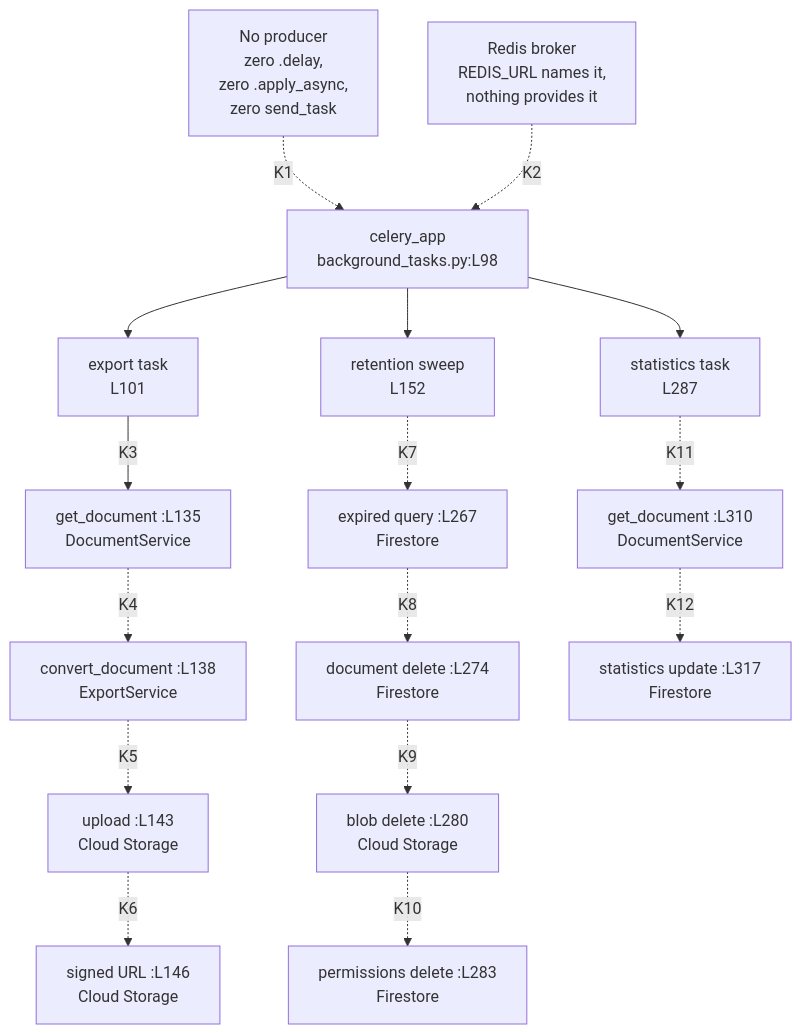
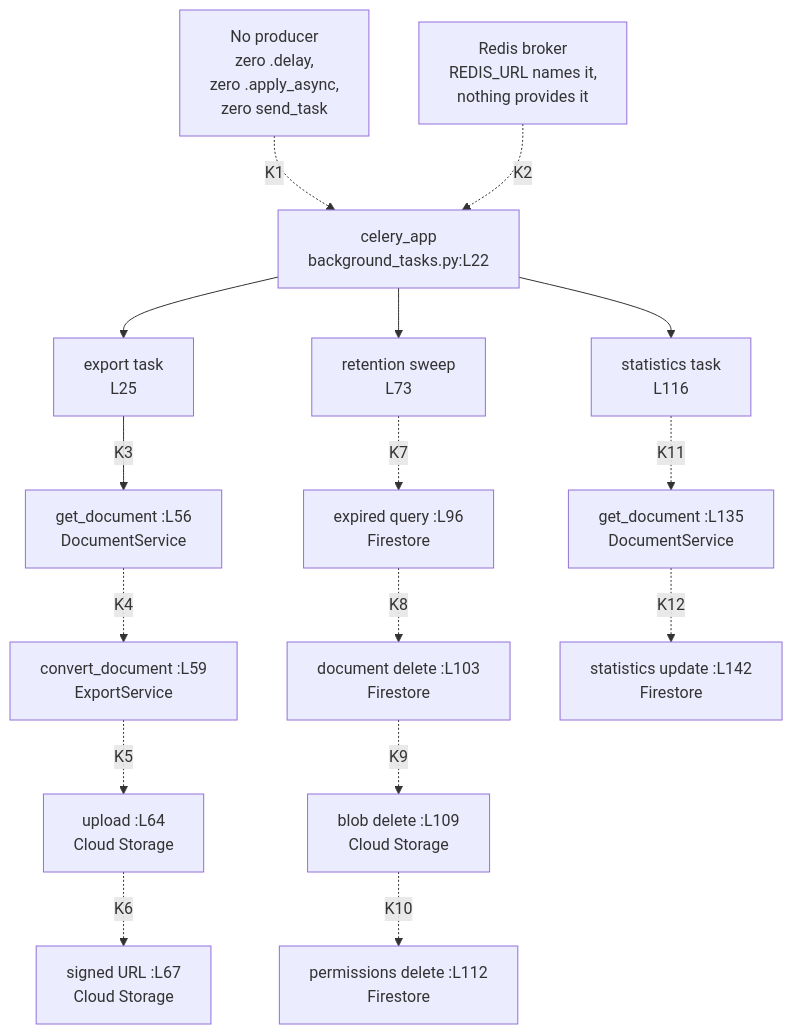
One commit to blitzy-public-samples/microsoft-word-u33ko0 changed the diagram in backend/app/tasks/README.md. Above: the diagram before and after it, drawn with Mermaid. The commit also changed other lines of this file and 69 other files, not shown here.

````diff
--- a/backend/app/tasks/README.md
+++ b/backend/app/tasks/README.md
@@ -118,30 +119,30 @@
 ```mermaid
 graph TD
     accTitle: The three Celery tasks and their call sites in source order
     accDescr: No producer enqueues any task and no service provisions the broker, so no flow completes. Each column lists one task's call sites in source order. An edge points to the next call site, and a dashed edge means the site it points to cannot complete as committed. Every labelled edge carries a key resolved in the table below the diagram.
     NOPROD["No producer<br/>zero .delay,<br/>zero .apply_async,<br/>zero send_task"]
     BROKER["Redis broker<br/>REDIS_URL names it,<br/>nothing provides it"]
-    APP["celery_app<br/>background_tasks.py:L98"]
+    APP["celery_app<br/>background_tasks.py:L22"]
 
     NOPROD -.->|"K1"| APP
     BROKER -.->|"K2"| APP
 
-    APP --> EXPORT["export task<br/>L101"]
-    APP --> CLEAN["retention sweep<br/>L152"]
-    APP --> STATS["statistics task<br/>L287"]
+    APP --> EXPORT["export task<br/>L25"]
+    APP --> CLEAN["retention sweep<br/>L73"]
+    APP --> STATS["statistics task<br/>L116"]
 
-    EXPORT -->|"K3"| E1["get_document :L135<br/>DocumentService"]
-    E1 -.->|"K4"| E2["convert_document :L138<br/>ExportService"]
-    E2 -.->|"K5"| E3["upload :L143<br/>Cloud Storage"]
-    E3 -.->|"K6"| E4["signed URL :L146<br/>Cloud Storage"]
+    EXPORT -->|"K3"| E1["get_document :L56<br/>DocumentService"]
+    E1 -.->|"K4"| E2["convert_document :L59<br/>ExportService"]
+    E2 -.->|"K5"| E3["upload :L64<br/>Cloud Storage"]
+    E3 -.->|"K6"| E4["signed URL :L67<br/>Cloud Storage"]
 
-    CLEAN -.->|"K7"| C1["expired query :L267<br/>Firestore"]
-    C1 -.->|"K8"| C2["document delete :L274<br/>Firestore"]
-    C2 -.->|"K9"| C3["blob delete :L280<br/>Cloud Storage"]
-    C3 -.->|"K10"| C4["permissions delete :L283<br/>Firestore"]
+    CLEAN -.->|"K7"| C1["expired query :L96<br/>Firestore"]
+    C1 -.->|"K8"| C2["document delete :L103<br/>Firestore"]
+    C2 -.->|"K9"| C3["blob delete :L109<br/>Cloud Storage"]
+    C3 -.->|"K10"| C4["permissions delete :L112<br/>Firestore"]
 
-    STATS -.->|"K11"| S1["get_document :L310<br/>DocumentService"]
-    S1 -.->|"K12"| S2["statistics update :L317<br/>Firestore"]
+    STATS -.->|"K11"| S1["get_document :L135<br/>DocumentService"]
+    S1 -.->|"K12"| S2["statistics update :L142<br/>Firestore"]
 
 %% Dashed edges mark a call that cannot complete as committed.
 ```
````
